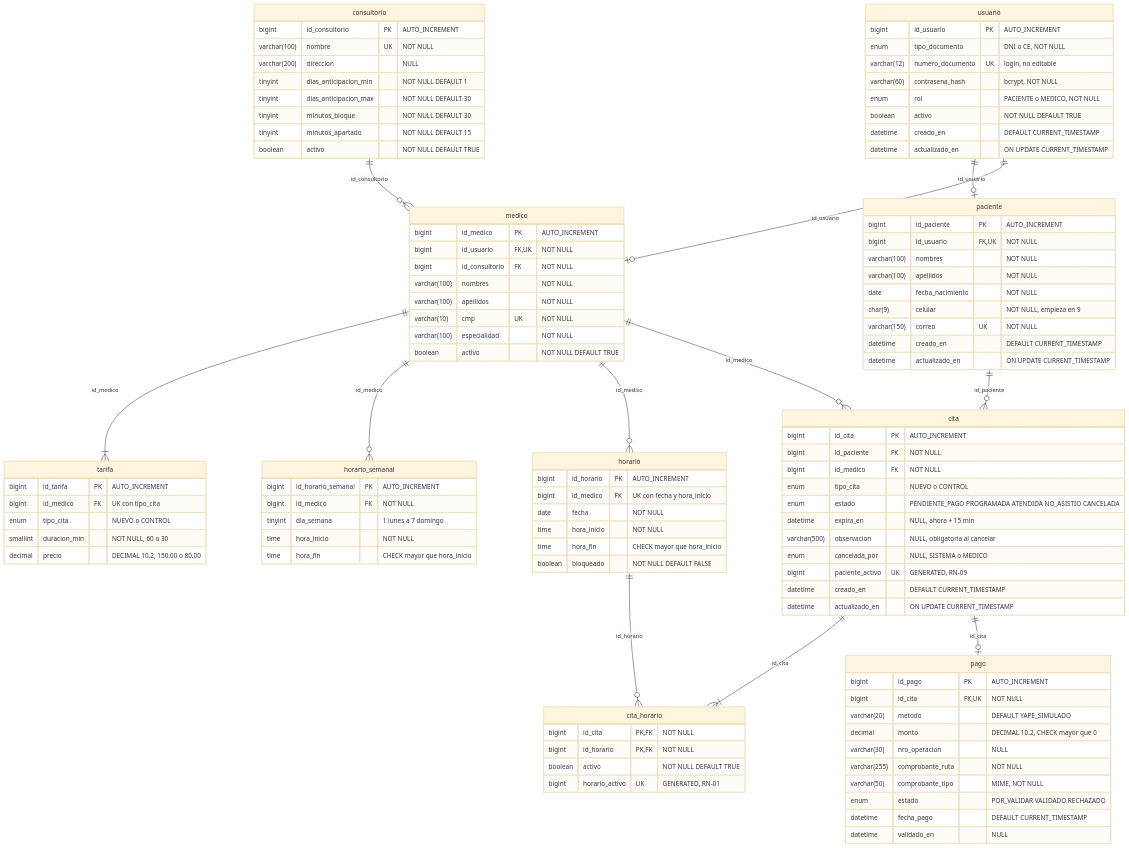
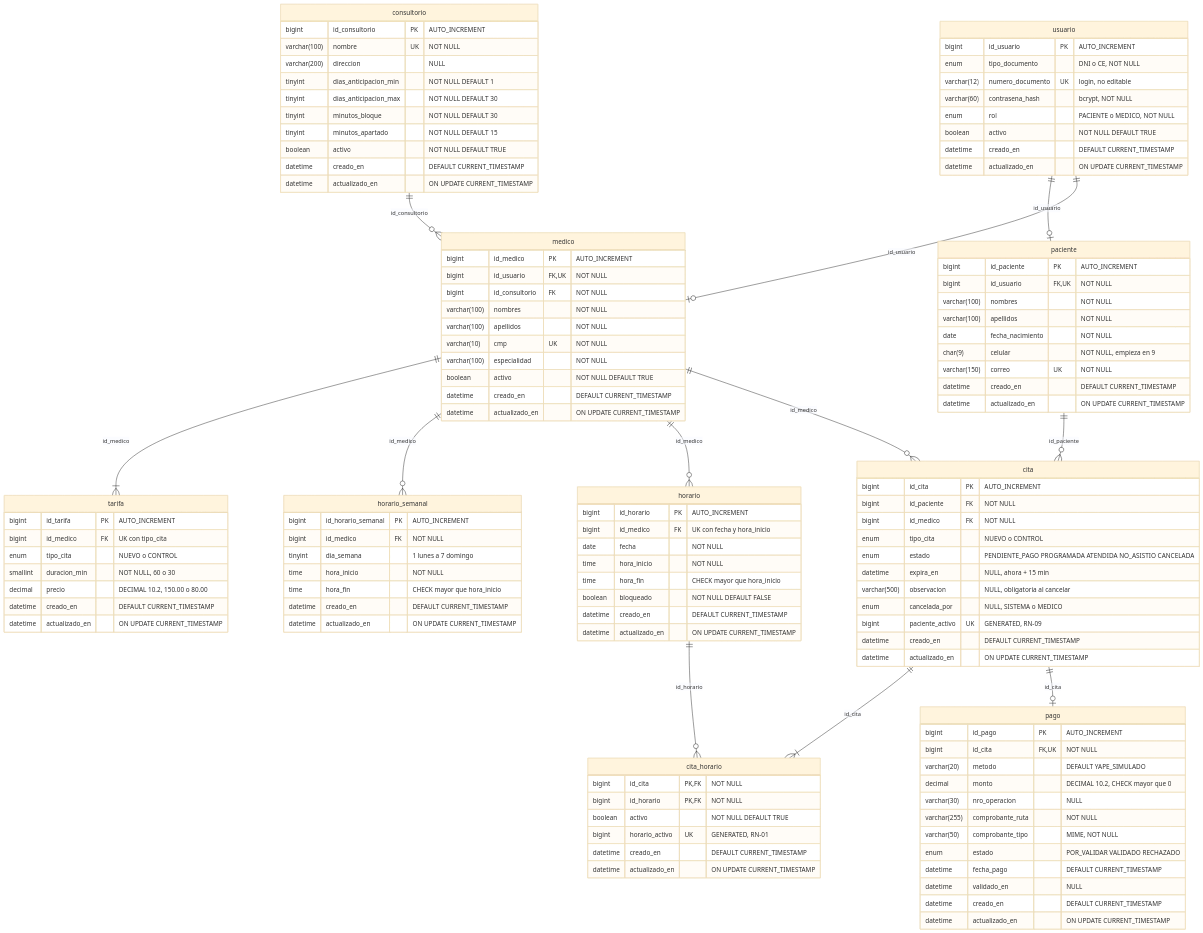
One commit to manuelguarniz/medifast changed the third of 3 diagrams in docs/diagramas/base-de-datos.md. Above: the diagram before and after it, drawn with Mermaid (base theme). The commit also changed other lines of this file and 21 other files, not shown here.

````diff
--- a/docs/diagramas/base-de-datos.md
+++ b/docs/diagramas/base-de-datos.md
@@ -171,6 +171,8 @@
         tinyint minutos_bloque "NOT NULL DEFAULT 30"
         tinyint minutos_apartado "NOT NULL DEFAULT 15"
         boolean activo "NOT NULL DEFAULT TRUE"
+        datetime creado_en "DEFAULT CURRENT_TIMESTAMP"
+        datetime actualizado_en "ON UPDATE CURRENT_TIMESTAMP"
     }
     usuario {
         bigint id_usuario PK "AUTO_INCREMENT"
@@ -202,6 +204,8 @@
         varchar(10) cmp UK "NOT NULL"
         varchar(100) especialidad "NOT NULL"
         boolean activo "NOT NULL DEFAULT TRUE"
+        datetime creado_en "DEFAULT CURRENT_TIMESTAMP"
+        datetime actualizado_en "ON UPDATE CURRENT_TIMESTAMP"
     }
     tarifa {
         bigint id_tarifa PK "AUTO_INCREMENT"
@@ -209,6 +213,8 @@
         enum tipo_cita "NUEVO o CONTROL"
         smallint duracion_min "NOT NULL, 60 o 30"
         decimal precio "DECIMAL 10.2, 150.00 o 80.00"
+        datetime creado_en "DEFAULT CURRENT_TIMESTAMP"
+        datetime actualizado_en "ON UPDATE CURRENT_TIMESTAMP"
     }
     horario_semanal {
         bigint id_horario_semanal PK "AUTO_INCREMENT"
@@ -216,6 +222,8 @@
         tinyint dia_semana "1 lunes a 7 domingo"
         time hora_inicio "NOT NULL"
         time hora_fin "CHECK mayor que hora_inicio"
+        datetime creado_en "DEFAULT CURRENT_TIMESTAMP"
+        datetime actualizado_en "ON UPDATE CURRENT_TIMESTAMP"
     }
     horario {
         bigint id_horario PK "AUTO_INCREMENT"
@@ -224,6 +232,8 @@
         time hora_inicio "NOT NULL"
         time hora_fin "CHECK mayor que hora_inicio"
         boolean bloqueado "NOT NULL DEFAULT FALSE"
+        datetime creado_en "DEFAULT CURRENT_TIMESTAMP"
+        datetime actualizado_en "ON UPDATE CURRENT_TIMESTAMP"
     }
     cita {
         bigint id_cita PK "AUTO_INCREMENT"
@@ -243,6 +253,8 @@
         bigint id_horario PK, FK "NOT NULL"
         boolean activo "NOT NULL DEFAULT TRUE"
         bigint horario_activo UK "GENERATED, RN-01"
+        datetime creado_en "DEFAULT CURRENT_TIMESTAMP"
+        datetime actualizado_en "ON UPDATE CURRENT_TIMESTAMP"
     }
     pago {
         bigint id_pago PK "AUTO_INCREMENT"
@@ -255,5 +267,7 @@
         enum estado "POR_VALIDAR VALIDADO RECHAZADO"
         datetime fecha_pago "DEFAULT CURRENT_TIMESTAMP"
         datetime validado_en "NULL"
+        datetime creado_en "DEFAULT CURRENT_TIMESTAMP"
+        datetime actualizado_en "ON UPDATE CURRENT_TIMESTAMP"
     }
 ```
````
